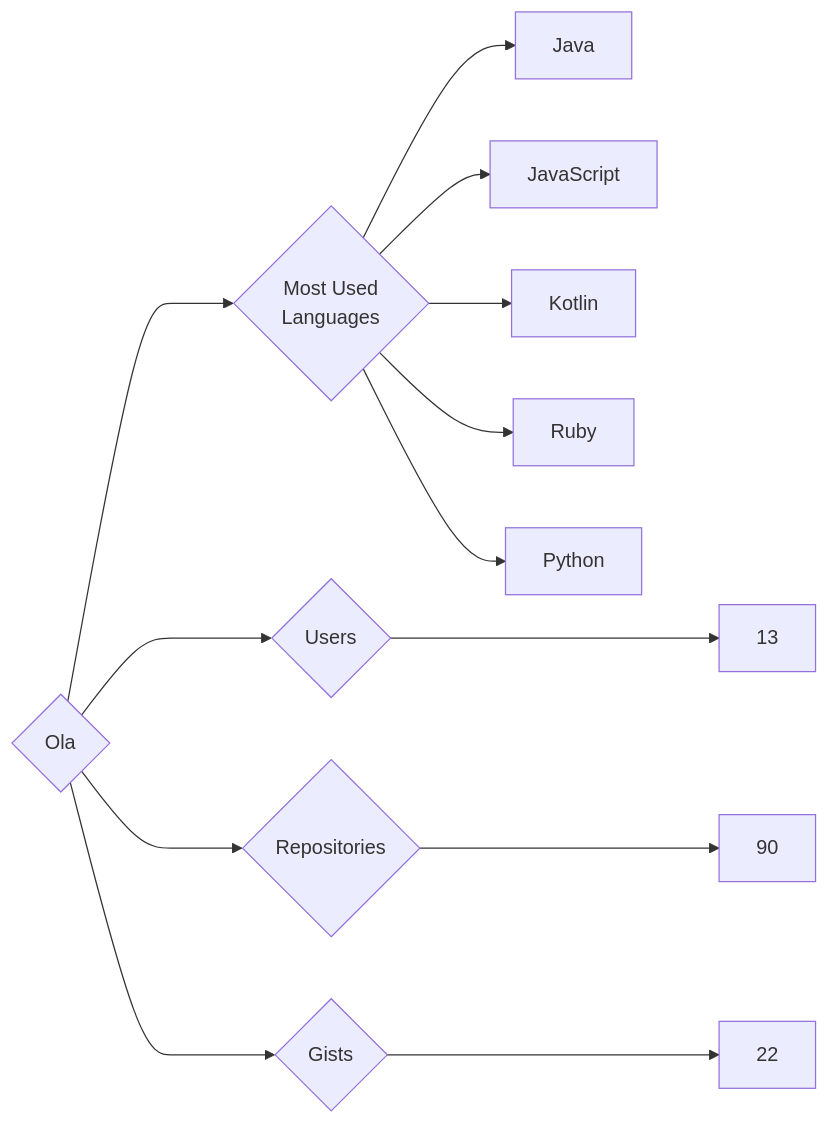
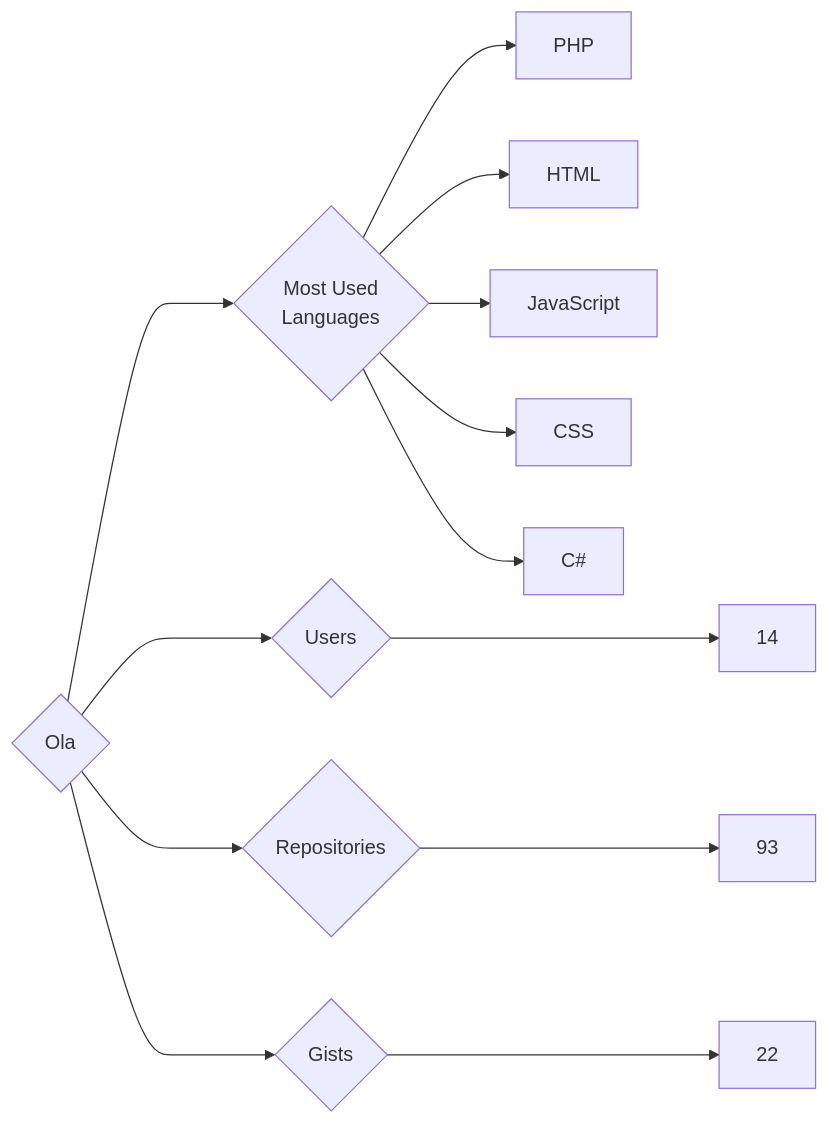
The diagram in targets/Ola/README.md (trickest/insiders), drawn with Mermaid before and after one commit. The commit also changed 823 other files, not shown here.

````diff
--- a/targets/Ola/README.md
+++ b/targets/Ola/README.md
@@ -3,13 +3,13 @@
 ```mermaid
 graph LR
 COMPANY_NAME{Ola}
-COMPANY_NAME ---> U{Users} ---> UN[13]
-COMPANY_NAME ---> R{Repositories} ---> RN[90]
+COMPANY_NAME ---> U{Users} ---> UN[14]
+COMPANY_NAME ---> R{Repositories} ---> RN[93]
 COMPANY_NAME ---> G{Gists} ---> GN[22]
 COMPANY_NAME ---> ML{Most Used<br>Languages}
-ML --> Java[Java]
+ML --> PHP[PHP]
+ML --> HTML[HTML]
 ML --> JavaScript[JavaScript]
-ML --> Kotlin[Kotlin]
-ML --> Ruby[Ruby]
-ML --> Python[Python]
+ML --> CSS[CSS]
+ML --> C#[C#]
 ```
````
